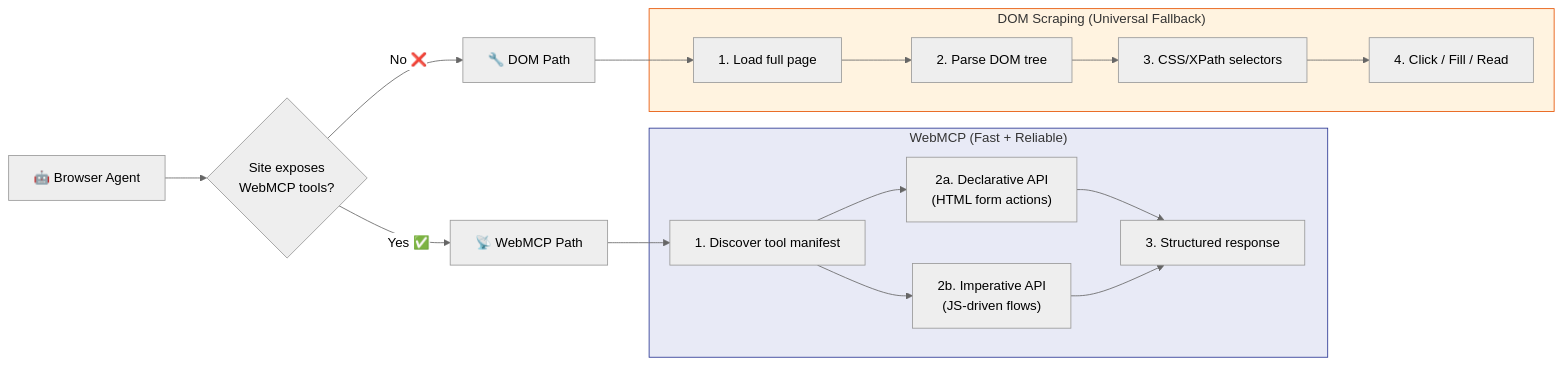
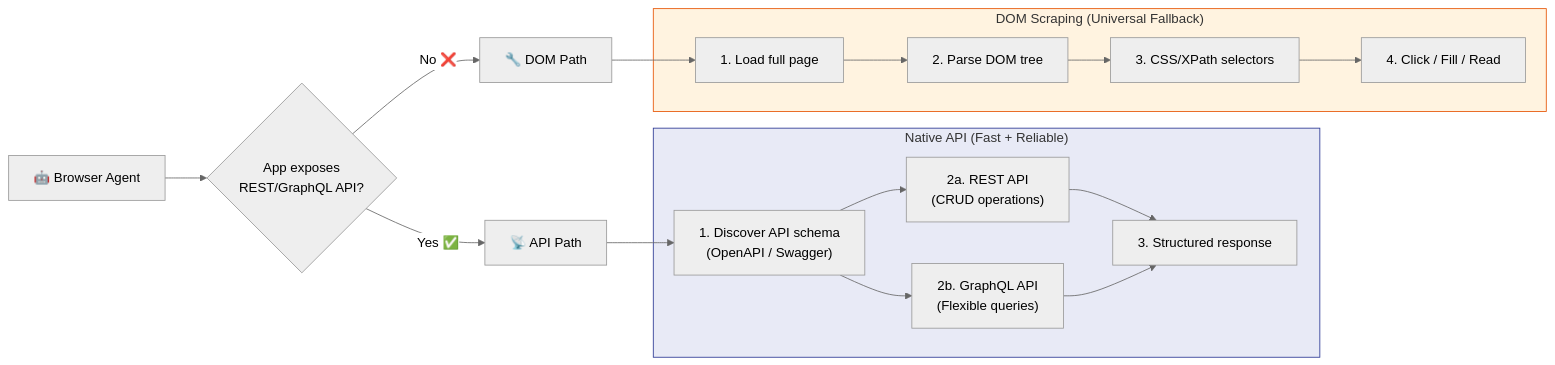
One commit to yjcmsft/Secure-Enterprise-Browser-Agentic-System changed the second of 3 diagrams in agents.md. Above: the diagram before and after it, drawn with Mermaid (neutral theme). The commit also changed other lines of this file and 2 other files, not shown here.

````diff
--- a/agents.md
+++ b/agents.md
@@ -220,28 +220,28 @@
 ```mermaid
 flowchart LR
-    Agent["🤖 Browser Agent"] --> Check{"Site exposes\nWebMCP tools?"}
+    Agent["🤖 Browser Agent"] --> Check{"App exposes\nREST/GraphQL API?"}
 
-    Check -->|"Yes ✅"| WebMCPPath["📡 WebMCP Path"]
+    Check -->|"Yes ✅"| APIPath["📡 API Path"]
     Check -->|"No ❌"| DOMPath["🔧 DOM Path"]
 
-    subgraph WebMCPPath_detail["WebMCP (Fast + Reliable)"]
-        Discover["1. Discover tool manifest"]
-        Declarative["2a. Declarative API\n(HTML form actions)"]
-        Imperative["2b. Imperative API\n(JS-driven flows)"]
+    subgraph APIPath_detail["Native API (Fast + Reliable)"]
+        Discover["1. Discover API schema\n(OpenAPI / Swagger)"]
+        REST["2a. REST API\n(CRUD operations)"]
+        GraphQL["2b. GraphQL API\n(Flexible queries)"]
         Structured["3. Structured response"]
     end
 
     subgraph DOMPath_detail["DOM Scraping (Universal Fallback)"]
         Navigate["1. Load full page"]
         Parse["2. Parse DOM tree"]
         Select["3. CSS/XPath selectors"]
         Act["4. Click / Fill / Read"]
     end
 
-    WebMCPPath --> Discover --> Declarative --> Structured
-    Discover --> Imperative --> Structured
+    APIPath --> Discover --> REST --> Structured
+    Discover --> GraphQL --> Structured
     DOMPath --> Navigate --> Parse --> Select --> Act
 
-    style WebMCPPath_detail fill:#E8EAF6,stroke:#283593
+    style APIPath_detail fill:#E8EAF6,stroke:#283593
     style DOMPath_detail fill:#FFF3E0,stroke:#E65100
 ```
````
